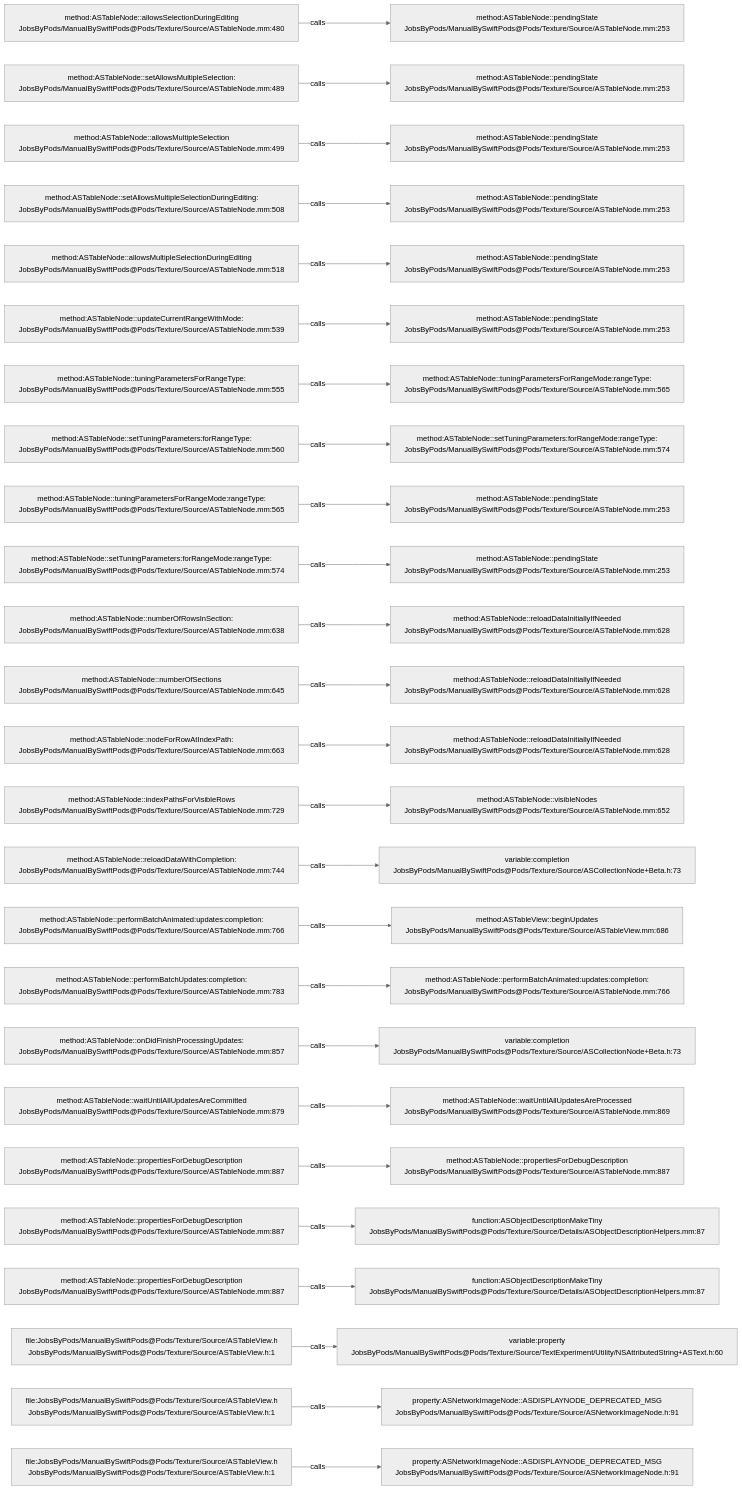
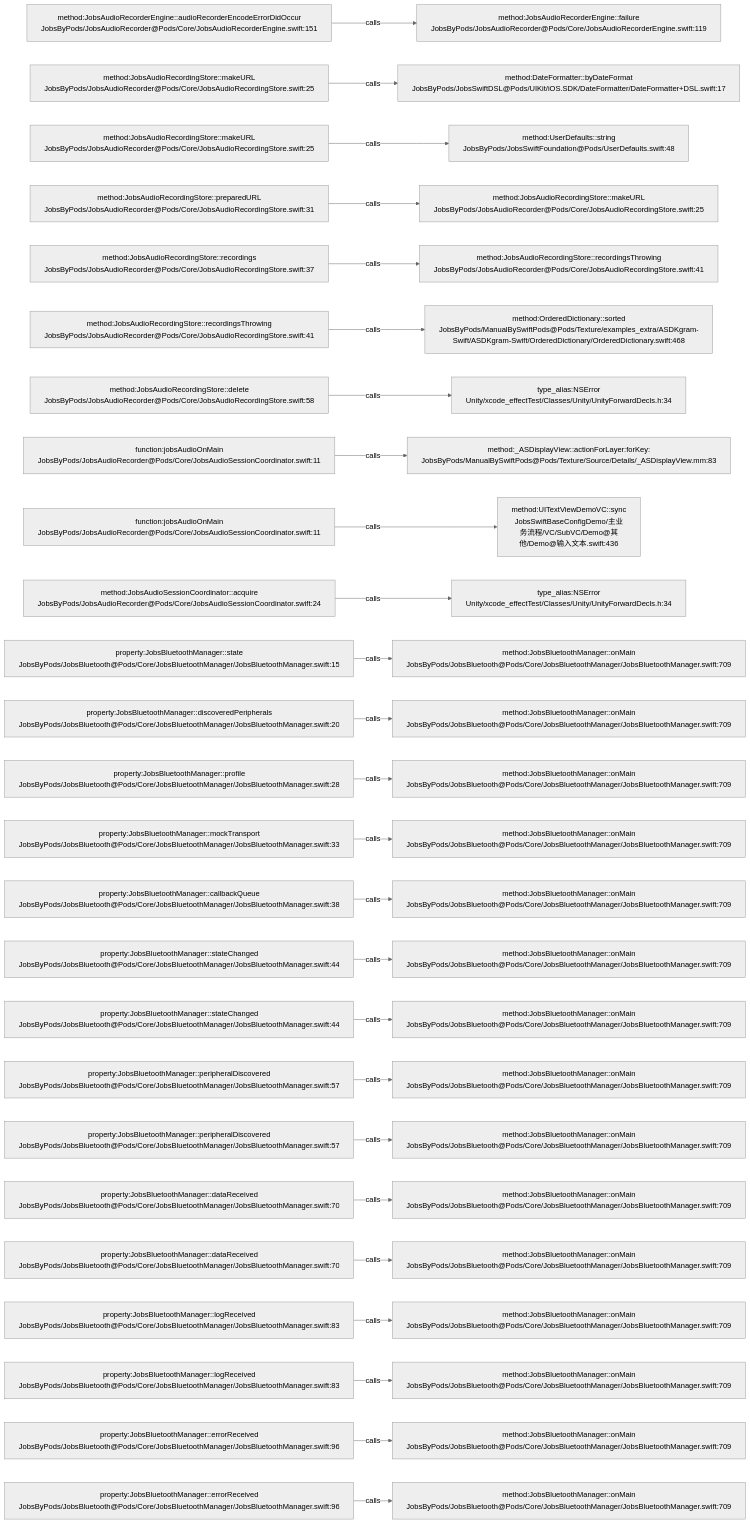
The diagram in .codegraph/codegraph.md/graphs/calls-056.md (JobsKits/JobsSwiftBaseConfigDemo), drawn with Mermaid (neutral theme) before and after one commit. The commit also changed 224 other files, not shown here.

````diff
--- a/.codegraph/codegraph.md/graphs/calls-056.md
+++ b/.codegraph/codegraph.md/graphs/calls-056.md
@@ -13,78 +13,78 @@
 ```mermaid
 flowchart LR
-  S1["method:ASTableNode::allowsSelectionDuringEditing<br/>JobsByPods/ManualBySwiftPods@Pods/Texture/Source/ASTableNode.mm:480"]
-  T1["method:ASTableNode::pendingState<br/>JobsByPods/ManualBySwiftPods@Pods/Texture/Source/ASTableNode.mm:253"]
+  S1["method:JobsAudioRecorderEngine::audioRecorderEncodeErrorDidOccur<br/>JobsByPods/JobsAudioRecorder@Pods/Core/JobsAudioRecorderEngine.swift:151"]
+  T1["method:JobsAudioRecorderEngine::failure<br/>JobsByPods/JobsAudioRecorder@Pods/Core/JobsAudioRecorderEngine.swift:119"]
   S1 -->|calls| T1
-  S2["method:ASTableNode::setAllowsMultipleSelection:<br/>JobsByPods/ManualBySwiftPods@Pods/Texture/Source/ASTableNode.mm:489"]
-  T2["method:ASTableNode::pendingState<br/>JobsByPods/ManualBySwiftPods@Pods/Texture/Source/ASTableNode.mm:253"]
+  S2["method:JobsAudioRecordingStore::makeURL<br/>JobsByPods/JobsAudioRecorder@Pods/Core/JobsAudioRecordingStore.swift:25"]
+  T2["method:DateFormatter::byDateFormat<br/>JobsByPods/JobsSwiftDSL@Pods/UIKit/iOS.SDK/DateFormatter/DateFormatter+DSL.swift:17"]
   S2 -->|calls| T2
-  S3["method:ASTableNode::allowsMultipleSelection<br/>JobsByPods/ManualBySwiftPods@Pods/Texture/Source/ASTableNode.mm:499"]
-  T3["method:ASTableNode::pendingState<br/>JobsByPods/ManualBySwiftPods@Pods/Texture/Source/ASTableNode.mm:253"]
+  S3["method:JobsAudioRecordingStore::makeURL<br/>JobsByPods/JobsAudioRecorder@Pods/Core/JobsAudioRecordingStore.swift:25"]
+  T3["method:UserDefaults::string<br/>JobsByPods/JobsSwiftFoundation@Pods/UserDefaults.swift:48"]
   S3 -->|calls| T3
-  S4["method:ASTableNode::setAllowsMultipleSelectionDuringEditing:<br/>JobsByPods/ManualBySwiftPods@Pods/Texture/Source/ASTableNode.mm:508"]
-  T4["method:ASTableNode::pendingState<br/>JobsByPods/ManualBySwiftPods@Pods/Texture/Source/ASTableNode.mm:253"]
+  S4["method:JobsAudioRecordingStore::preparedURL<br/>JobsByPods/JobsAudioRecorder@Pods/Core/JobsAudioRecordingStore.swift:31"]
+  T4["method:JobsAudioRecordingStore::makeURL<br/>JobsByPods/JobsAudioRecorder@Pods/Core/JobsAudioRecordingStore.swift:25"]
   S4 -->|calls| T4
-  S5["method:ASTableNode::allowsMultipleSelectionDuringEditing<br/>JobsByPods/ManualBySwiftPods@Pods/Texture/Source/ASTableNode.mm:518"]
-  T5["method:ASTableNode::pendingState<br/>JobsByPods/ManualBySwiftPods@Pods/Texture/Source/ASTableNode.mm:253"]
+  S5["method:JobsAudioRecordingStore::recordings<br/>JobsByPods/JobsAudioRecorder@Pods/Core/JobsAudioRecordingStore.swift:37"]
+  T5["method:JobsAudioRecordingStore::recordingsThrowing<br/>JobsByPods/JobsAudioRecorder@Pods/Core/JobsAudioRecordingStore.swift:41"]
   S5 -->|calls| T5
-  S6["method:ASTableNode::updateCurrentRangeWithMode:<br/>JobsByPods/ManualBySwiftPods@Pods/Texture/Source/ASTableNode.mm:539"]
-  T6["method:ASTableNode::pendingState<br/>JobsByPods/ManualBySwiftPods@Pods/Texture/Source/ASTableNode.mm:253"]
+  S6["method:JobsAudioRecordingStore::recordingsThrowing<br/>JobsByPods/JobsAudioRecorder@Pods/Core/JobsAudioRecordingStore.swift:41"]
+  T6["method:OrderedDictionary::sorted<br/>JobsByPods/ManualBySwiftPods@Pods/Texture/examples_extra/ASDKgram-Swift/ASDKgram-Swift/OrderedDictionary/OrderedDictionary.swift:468"]
   S6 -->|calls| T6
-  S7["method:ASTableNode::tuningParametersForRangeType:<br/>JobsByPods/ManualBySwiftPods@Pods/Texture/Source/ASTableNode.mm:555"]
-  T7["method:ASTableNode::tuningParametersForRangeMode:rangeType:<br/>JobsByPods/ManualBySwiftPods@Pods/Texture/Source/ASTableNode.mm:565"]
+  S7["method:JobsAudioRecordingStore::delete<br/>JobsByPods/JobsAudioRecorder@Pods/Core/JobsAudioRecordingStore.swift:58"]
+  T7["type_alias:NSError<br/>Unity/xcode_effectTest/Classes/Unity/UnityForwardDecls.h:34"]
   S7 -->|calls| T7
-  S8["method:ASTableNode::setTuningParameters:forRangeType:<br/>JobsByPods/ManualBySwiftPods@Pods/Texture/Source/ASTableNode.mm:560"]
-  T8["method:ASTableNode::setTuningParameters:forRangeMode:rangeType:<br/>JobsByPods/ManualBySwiftPods@Pods/Texture/Source/ASTableNode.mm:574"]
+  S8["function:jobsAudioOnMain<br/>JobsByPods/JobsAudioRecorder@Pods/Core/JobsAudioSessionCoordinator.swift:11"]
+  T8["method:_ASDisplayView::actionForLayer:forKey:<br/>JobsByPods/ManualBySwiftPods@Pods/Texture/Source/Details/_ASDisplayView.mm:83"]
   S8 -->|calls| T8
-  S9["method:ASTableNode::tuningParametersForRangeMode:rangeType:<br/>JobsByPods/ManualBySwiftPods@Pods/Texture/Source/ASTableNode.mm:565"]
-  T9["method:ASTableNode::pendingState<br/>JobsByPods/ManualBySwiftPods@Pods/Texture/Source/ASTableNode.mm:253"]
+  S9["function:jobsAudioOnMain<br/>JobsByPods/JobsAudioRecorder@Pods/Core/JobsAudioSessionCoordinator.swift:11"]
+  T9["method:UITextViewDemoVC::sync<br/>JobsSwiftBaseConfigDemo/主业务流程/VC/SubVC/Demo@其他/Demo@输入文本.swift:436"]
   S9 -->|calls| T9
-  S10["method:ASTableNode::setTuningParameters:forRangeMode:rangeType:<br/>JobsByPods/ManualBySwiftPods@Pods/Texture/Source/ASTableNode.mm:574"]
-  T10["method:ASTableNode::pendingState<br/>JobsByPods/ManualBySwiftPods@Pods/Texture/Source/ASTableNode.mm:253"]
+  S10["method:JobsAudioSessionCoordinator::acquire<br/>JobsByPods/JobsAudioRecorder@Pods/Core/JobsAudioSessionCoordinator.swift:24"]
+  T10["type_alias:NSError<br/>Unity/xcode_effectTest/Classes/Unity/UnityForwardDecls.h:34"]
   S10 -->|calls| T10
-  S11["method:ASTableNode::numberOfRowsInSection:<br/>JobsByPods/ManualBySwiftPods@Pods/Texture/Source/ASTableNode.mm:638"]
-  T11["method:ASTableNode::reloadDataInitiallyIfNeeded<br/>JobsByPods/ManualBySwiftPods@Pods/Texture/Source/ASTableNode.mm:628"]
+  S11["property:JobsBluetoothManager::state<br/>JobsByPods/JobsBluetooth@Pods/Core/JobsBluetoothManager/JobsBluetoothManager.swift:15"]
+  T11["method:JobsBluetoothManager::onMain<br/>JobsByPods/JobsBluetooth@Pods/Core/JobsBluetoothManager/JobsBluetoothManager.swift:709"]
   S11 -->|calls| T11
-  S12["method:ASTableNode::numberOfSections<br/>JobsByPods/ManualBySwiftPods@Pods/Texture/Source/ASTableNode.mm:645"]
-  T12["method:ASTableNode::reloadDataInitiallyIfNeeded<br/>JobsByPods/ManualBySwiftPods@Pods/Texture/Source/ASTableNode.mm:628"]
+  S12["property:JobsBluetoothManager::discoveredPeripherals<br/>JobsByPods/JobsBluetooth@Pods/Core/JobsBluetoothManager/JobsBluetoothManager.swift:20"]
+  T12["method:JobsBluetoothManager::onMain<br/>JobsByPods/JobsBluetooth@Pods/Core/JobsBluetoothManager/JobsBluetoothManager.swift:709"]
   S12 -->|calls| T12
-  S13["method:ASTableNode::nodeForRowAtIndexPath:<br/>JobsByPods/ManualBySwiftPods@Pods/Texture/Source/ASTableNode.mm:663"]
-  T13["method:ASTableNode::reloadDataInitiallyIfNeeded<br/>JobsByPods/ManualBySwiftPods@Pods/Texture/Source/ASTableNode.mm:628"]
+  S13["property:JobsBluetoothManager::profile<br/>JobsByPods/JobsBluetooth@Pods/Core/JobsBluetoothManager/JobsBluetoothManager.swift:28"]
+  T13["method:JobsBluetoothManager::onMain<br/>JobsByPods/JobsBluetooth@Pods/Core/JobsBluetoothManager/JobsBluetoothManager.swift:709"]
   S13 -->|calls| T13
-  S14["method:ASTableNode::indexPathsForVisibleRows<br/>JobsByPods/ManualBySwiftPods@Pods/Texture/Source/ASTableNode.mm:729"]
-  T14["method:ASTableNode::visibleNodes<br/>JobsByPods/ManualBySwiftPods@Pods/Texture/Source/ASTableNode.mm:652"]
+  S14["property:JobsBluetoothManager::mockTransport<br/>JobsByPods/JobsBluetooth@Pods/Core/JobsBluetoothManager/JobsBluetoothManager.swift:33"]
+  T14["method:JobsBluetoothManager::onMain<br/>JobsByPods/JobsBluetooth@Pods/Core/JobsBluetoothManager/JobsBluetoothManager.swift:709"]
   S14 -->|calls| T14
-  S15["method:ASTableNode::reloadDataWithCompletion:<br/>JobsByPods/ManualBySwiftPods@Pods/Texture/Source/ASTableNode.mm:744"]
-  T15["variable:completion<br/>JobsByPods/ManualBySwiftPods@Pods/Texture/Source/ASCollectionNode+Beta.h:73"]
+  S15["property:JobsBluetoothManager::callbackQueue<br/>JobsByPods/JobsBluetooth@Pods/Core/JobsBluetoothManager/JobsBluetoothManager.swift:38"]
+  T15["method:JobsBluetoothManager::onMain<br/>JobsByPods/JobsBluetooth@Pods/Core/JobsBluetoothManager/JobsBluetoothManager.swift:709"]
   S15 -->|calls| T15
-  S16["method:ASTableNode::performBatchAnimated:updates:completion:<br/>JobsByPods/ManualBySwiftPods@Pods/Texture/Source/ASTableNode.mm:766"]
-  T16["method:ASTableView::beginUpdates<br/>JobsByPods/ManualBySwiftPods@Pods/Texture/Source/ASTableView.mm:686"]
+  S16["property:JobsBluetoothManager::stateChanged<br/>JobsByPods/JobsBluetooth@Pods/Core/JobsBluetoothManager/JobsBluetoothManager.swift:44"]
+  T16["method:JobsBluetoothManager::onMain<br/>JobsByPods/JobsBluetooth@Pods/Core/JobsBluetoothManager/JobsBluetoothManager.swift:709"]
   S16 -->|calls| T16
-  S17["method:ASTableNode::performBatchUpdates:completion:<br/>JobsByPods/ManualBySwiftPods@Pods/Texture/Source/ASTableNode.mm:783"]
-  T17["method:ASTableNode::performBatchAnimated:updates:completion:<br/>JobsByPods/ManualBySwiftPods@Pods/Texture/Source/ASTableNode.mm:766"]
+  S17["property:JobsBluetoothManager::stateChanged<br/>JobsByPods/JobsBluetooth@Pods/Core/JobsBluetoothManager/JobsBluetoothManager.swift:44"]
+  T17["method:JobsBluetoothManager::onMain<br/>JobsByPods/JobsBluetooth@Pods/Core/JobsBluetoothManager/JobsBluetoothManager.swift:709"]
   S17 -->|calls| T17
-  S18["method:ASTableNode::onDidFinishProcessingUpdates:<br/>JobsByPods/ManualBySwiftPods@Pods/Texture/Source/ASTableNode.mm:857"]
-  T18["variable:completion<br/>JobsByPods/ManualBySwiftPods@Pods/Texture/Source/ASCollectionNode+Beta.h:73"]
+  S18["property:JobsBluetoothManager::peripheralDiscovered<br/>JobsByPods/JobsBluetooth@Pods/Core/JobsBluetoothManager/JobsBluetoothManager.swift:57"]
+  T18["method:JobsBluetoothManager::onMain<br/>JobsByPods/JobsBluetooth@Pods/Core/JobsBluetoothManager/JobsBluetoothManager.swift:709"]
   S18 -->|calls| T18
-  S19["method:ASTableNode::waitUntilAllUpdatesAreCommitted<br/>JobsByPods/ManualBySwiftPods@Pods/Texture/Source/ASTableNode.mm:879"]
-  T19["method:ASTableNode::waitUntilAllUpdatesAreProcessed<br/>JobsByPods/ManualBySwiftPods@Pods/Texture/Source/ASTableNode.mm:869"]
+  S19["property:JobsBluetoothManager::peripheralDiscovered<br/>JobsByPods/JobsBluetooth@Pods/Core/JobsBluetoothManager/JobsBluetoothManager.swift:57"]
+  T19["method:JobsBluetoothManager::onMain<br/>JobsByPods/JobsBluetooth@Pods/Core/JobsBluetoothManager/JobsBluetoothManager.swift:709"]
   S19 -->|calls| T19
-  S20["method:ASTableNode::propertiesForDebugDescription<br/>JobsByPods/ManualBySwiftPods@Pods/Texture/Source/ASTableNode.mm:887"]
-  T20["method:ASTableNode::propertiesForDebugDescription<br/>JobsByPods/ManualBySwiftPods@Pods/Texture/Source/ASTableNode.mm:887"]
+  S20["property:JobsBluetoothManager::dataReceived<br/>JobsByPods/JobsBluetooth@Pods/Core/JobsBluetoothManager/JobsBluetoothManager.swift:70"]
+  T20["method:JobsBluetoothManager::onMain<br/>JobsByPods/JobsBluetooth@Pods/Core/JobsBluetoothManager/JobsBluetoothManager.swift:709"]
   S20 -->|calls| T20
-  S21["method:ASTableNode::propertiesForDebugDescription<br/>JobsByPods/ManualBySwiftPods@Pods/Texture/Source/ASTableNode.mm:887"]
-  T21["function:ASObjectDescriptionMakeTiny<br/>JobsByPods/ManualBySwiftPods@Pods/Texture/Source/Details/ASObjectDescriptionHelpers.mm:87"]
+  S21["property:JobsBluetoothManager::dataReceived<br/>JobsByPods/JobsBluetooth@Pods/Core/JobsBluetoothManager/JobsBluetoothManager.swift:70"]
+  T21["method:JobsBluetoothManager::onMain<br/>JobsByPods/JobsBluetooth@Pods/Core/JobsBluetoothManager/JobsBluetoothManager.swift:709"]
   S21 -->|calls| T21
-  S22["method:ASTableNode::propertiesForDebugDescription<br/>JobsByPods/ManualBySwiftPods@Pods/Texture/Source/ASTableNode.mm:887"]
-  T22["function:ASObjectDescriptionMakeTiny<br/>JobsByPods/ManualBySwiftPods@Pods/Texture/Source/Details/ASObjectDescriptionHelpers.mm:87"]
+  S22["property:JobsBluetoothManager::logReceived<br/>JobsByPods/JobsBluetooth@Pods/Core/JobsBluetoothManager/JobsBluetoothManager.swift:83"]
+  T22["method:JobsBluetoothManager::onMain<br/>JobsByPods/JobsBluetooth@Pods/Core/JobsBluetoothManager/JobsBluetoothManager.swift:709"]
   S22 -->|calls| T22
-  S23["file:JobsByPods/ManualBySwiftPods@Pods/Texture/Source/ASTableView.h<br/>JobsByPods/ManualBySwiftPods@Pods/Texture/Source/ASTableView.h:1"]
-  T23["variable:property<br/>JobsByPods/ManualBySwiftPods@Pods/Texture/Source/TextExperiment/Utility/NSAttributedString+ASText.h:60"]
+  S23["property:JobsBluetoothManager::logReceived<br/>JobsByPods/JobsBluetooth@Pods/Core/JobsBluetoothManager/JobsBluetoothManager.swift:83"]
+  T23["method:JobsBluetoothManager::onMain<br/>JobsByPods/JobsBluetooth@Pods/Core/JobsBluetoothManager/JobsBluetoothManager.swift:709"]
   S23 -->|calls| T23
-  S24["file:JobsByPods/ManualBySwiftPods@Pods/Texture/Source/ASTableView.h<br/>JobsByPods/ManualBySwiftPods@Pods/Texture/Source/ASTableView.h:1"]
-  T24["property:ASNetworkImageNode::ASDISPLAYNODE_DEPRECATED_MSG<br/>JobsByPods/ManualBySwiftPods@Pods/Texture/Source/ASNetworkImageNode.h:91"]
+  S24["property:JobsBluetoothManager::errorReceived<br/>JobsByPods/JobsBluetooth@Pods/Core/JobsBluetoothManager/JobsBluetoothManager.swift:96"]
+  T24["method:JobsBluetoothManager::onMain<br/>JobsByPods/JobsBluetooth@Pods/Core/JobsBluetoothManager/JobsBluetoothManager.swift:709"]
   S24 -->|calls| T24
-  S25["file:JobsByPods/ManualBySwiftPods@Pods/Texture/Source/ASTableView.h<br/>JobsByPods/ManualBySwiftPods@Pods/Texture/Source/ASTableView.h:1"]
-  T25["property:ASNetworkImageNode::ASDISPLAYNODE_DEPRECATED_MSG<br/>JobsByPods/ManualBySwiftPods@Pods/Texture/Source/ASNetworkImageNode.h:91"]
+  S25["property:JobsBluetoothManager::errorReceived<br/>JobsByPods/JobsBluetooth@Pods/Core/JobsBluetoothManager/JobsBluetoothManager.swift:96"]
+  T25["method:JobsBluetoothManager::onMain<br/>JobsByPods/JobsBluetooth@Pods/Core/JobsBluetoothManager/JobsBluetoothManager.swift:709"]
   S25 -->|calls| T25
 ```
````
